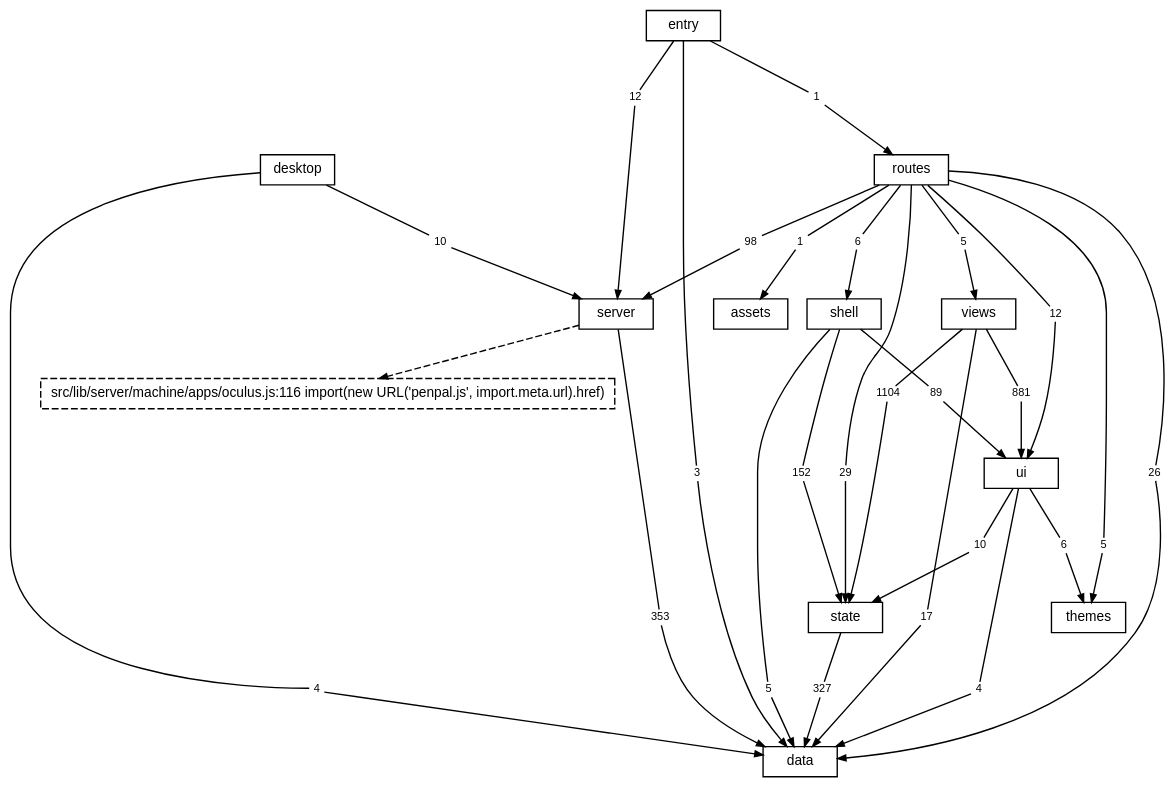
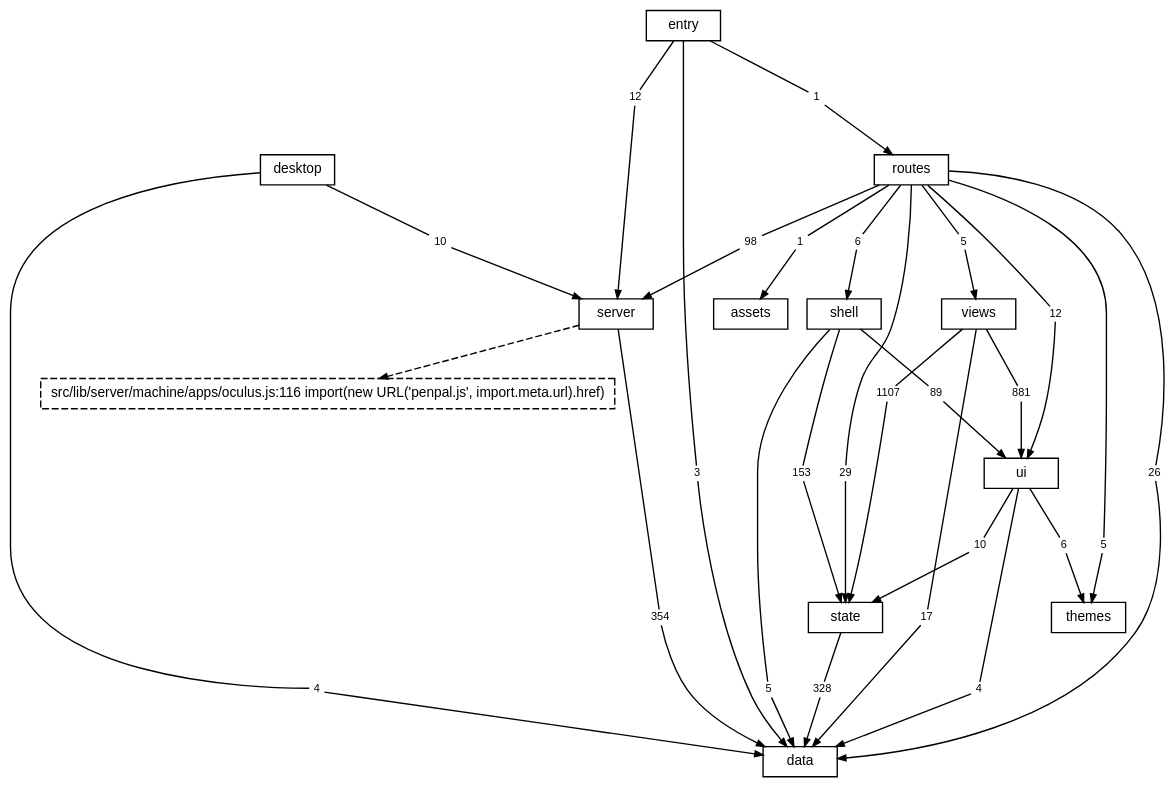
One commit to TheAxeC/oculus changed the diagram in docs/diagrams/layers.dot. Above: the diagram before and after it, drawn with Graphviz. The commit also changed 47 other files, not shown here.

```diff
--- a/docs/diagrams/layers.dot
+++ b/docs/diagrams/layers.dot
@@ -1,90 +1,90 @@
 digraph layers {
     graph [bgcolor="transparent", rankdir=TB, newrank=true, fontname="Helvetica,Arial,sans-serif", fontsize=12, nodesep=0.2, ranksep=0.5];
     node [shape=box, color="black", fontcolor="black", fontname="Helvetica,Arial,sans-serif", fontsize=10, height=0.3, margin="0.12,0.04"];
     edge [color="black", fontcolor="black", fontname="Helvetica,Arial,sans-serif", fontsize=8, arrowsize=0.6];
     "data";
     "server";
     "state";
     "ui";
     "shell";
     "views";
     "themes";
     "routes";
     "desktop";
     "src" [label="entry"];
     "files: assets" [label="assets"];
     "? src/lib/server/machine/apps/oculus.js:116" [label="src/lib/server/machine/apps/oculus.js:116 import(new URL('penpal.js', import.meta.url).href)", style=dashed];
     "desktop to data" [label="4", shape=box, color="transparent", fontsize=8, width=0, height=0, margin="0.04,0.02"];
     "desktop" -> "desktop to data" [arrowhead=none];
     "desktop to data" -> "data" [];
     "desktop to server" [label="10", shape=box, color="transparent", fontsize=8, width=0, height=0, margin="0.04,0.02"];
     "desktop" -> "desktop to server" [arrowhead=none];
     "desktop to server" -> "server" [];
     "routes to data" [label="26", shape=box, color="transparent", fontsize=8, width=0, height=0, margin="0.04,0.02"];
     "routes" -> "routes to data" [arrowhead=none];
     "routes to data" -> "data" [];
     "routes to files: assets" [label="1", shape=box, color="transparent", fontsize=8, width=0, height=0, margin="0.04,0.02"];
     "routes" -> "routes to files: assets" [arrowhead=none];
     "routes to files: assets" -> "files: assets" [];
     "routes to server" [label="98", shape=box, color="transparent", fontsize=8, width=0, height=0, margin="0.04,0.02"];
     "routes" -> "routes to server" [arrowhead=none];
     "routes to server" -> "server" [];
     "routes to shell" [label="6", shape=box, color="transparent", fontsize=8, width=0, height=0, margin="0.04,0.02"];
     "routes" -> "routes to shell" [arrowhead=none];
     "routes to shell" -> "shell" [];
     "routes to state" [label="29", shape=box, color="transparent", fontsize=8, width=0, height=0, margin="0.04,0.02"];
     "routes" -> "routes to state" [arrowhead=none];
     "routes to state" -> "state" [];
     "routes to themes" [label="5", shape=box, color="transparent", fontsize=8, width=0, height=0, margin="0.04,0.02"];
     "routes" -> "routes to themes" [arrowhead=none];
     "routes to themes" -> "themes" [];
     "routes to ui" [label="12", shape=box, color="transparent", fontsize=8, width=0, height=0, margin="0.04,0.02"];
     "routes" -> "routes to ui" [arrowhead=none];
     "routes to ui" -> "ui" [];
     "routes to views" [label="5", shape=box, color="transparent", fontsize=8, width=0, height=0, margin="0.04,0.02"];
     "routes" -> "routes to views" [arrowhead=none];
     "routes to views" -> "views" [];
-    "server to data" [label="353", shape=box, color="transparent", fontsize=8, width=0, height=0, margin="0.04,0.02"];
+    "server to data" [label="354", shape=box, color="transparent", fontsize=8, width=0, height=0, margin="0.04,0.02"];
     "server" -> "server to data" [arrowhead=none];
     "server to data" -> "data" [];
     "shell to data" [label="5", shape=box, color="transparent", fontsize=8, width=0, height=0, margin="0.04,0.02"];
     "shell" -> "shell to data" [arrowhead=none];
     "shell to data" -> "data" [];
-    "shell to state" [label="152", shape=box, color="transparent", fontsize=8, width=0, height=0, margin="0.04,0.02"];
+    "shell to state" [label="153", shape=box, color="transparent", fontsize=8, width=0, height=0, margin="0.04,0.02"];
     "shell" -> "shell to state" [arrowhead=none];
     "shell to state" -> "state" [];
     "shell to ui" [label="89", shape=box, color="transparent", fontsize=8, width=0, height=0, margin="0.04,0.02"];
     "shell" -> "shell to ui" [arrowhead=none];
     "shell to ui" -> "ui" [];
     "src to data" [label="3", shape=box, color="transparent", fontsize=8, width=0, height=0, margin="0.04,0.02"];
     "src" -> "src to data" [arrowhead=none];
     "src to data" -> "data" [];
     "src to routes" [label="1", shape=box, color="transparent", fontsize=8, width=0, height=0, margin="0.04,0.02"];
     "src" -> "src to routes" [arrowhead=none];
     "src to routes" -> "routes" [];
     "src to server" [label="12", shape=box, color="transparent", fontsize=8, width=0, height=0, margin="0.04,0.02"];
     "src" -> "src to server" [arrowhead=none];
     "src to server" -> "server" [];
-    "state to data" [label="327", shape=box, color="transparent", fontsize=8, width=0, height=0, margin="0.04,0.02"];
+    "state to data" [label="328", shape=box, color="transparent", fontsize=8, width=0, height=0, margin="0.04,0.02"];
     "state" -> "state to data" [arrowhead=none];
     "state to data" -> "data" [];
     "ui to data" [label="4", shape=box, color="transparent", fontsize=8, width=0, height=0, margin="0.04,0.02"];
     "ui" -> "ui to data" [arrowhead=none];
     "ui to data" -> "data" [];
     "ui to state" [label="10", shape=box, color="transparent", fontsize=8, width=0, height=0, margin="0.04,0.02"];
     "ui" -> "ui to state" [arrowhead=none];
     "ui to state" -> "state" [];
     "ui to themes" [label="6", shape=box, color="transparent", fontsize=8, width=0, height=0, margin="0.04,0.02"];
     "ui" -> "ui to themes" [arrowhead=none];
     "ui to themes" -> "themes" [];
     "views to data" [label="17", shape=box, color="transparent", fontsize=8, width=0, height=0, margin="0.04,0.02"];
     "views" -> "views to data" [arrowhead=none];
     "views to data" -> "data" [];
-    "views to state" [label="1104", shape=box, color="transparent", fontsize=8, width=0, height=0, margin="0.04,0.02"];
+    "views to state" [label="1107", shape=box, color="transparent", fontsize=8, width=0, height=0, margin="0.04,0.02"];
     "views" -> "views to state" [arrowhead=none];
     "views to state" -> "state" [];
     "views to ui" [label="881", shape=box, color="transparent", fontsize=8, width=0, height=0, margin="0.04,0.02"];
     "views" -> "views to ui" [arrowhead=none];
     "views to ui" -> "ui" [];
     "server" -> "? src/lib/server/machine/apps/oculus.js:116" [style=dashed];
 }
```
